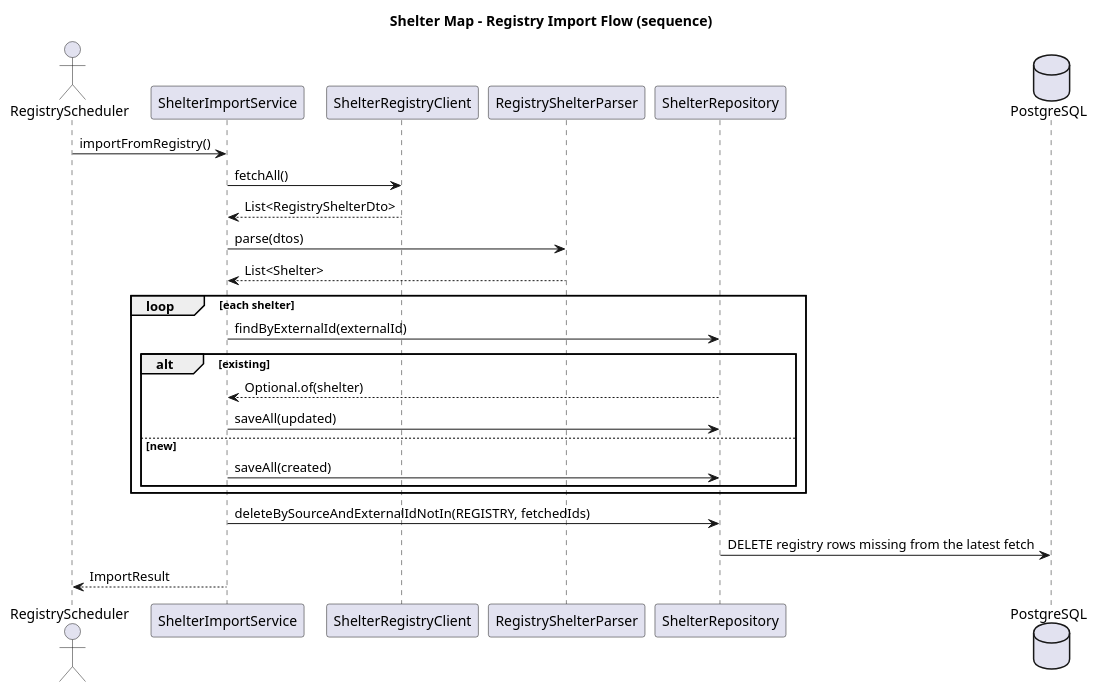
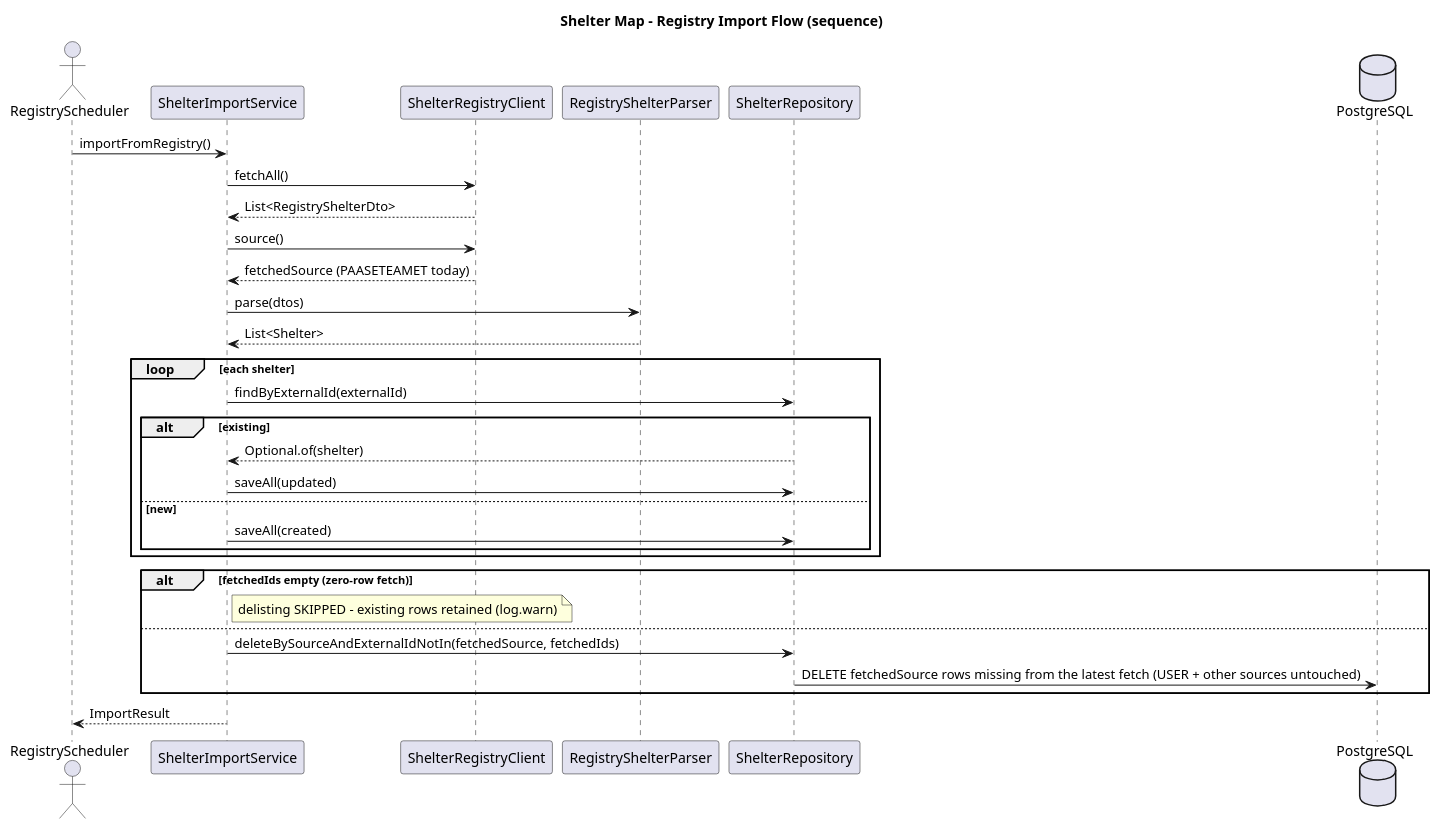
One commit to Bro223/OpenShelter changed the second of 2 diagrams in context-and-tasks/04-ingestion.puml. Above: the diagram before and after it, drawn with PlantUML. The commit also changed other lines of this file and 212 other files, not shown here.

```diff
--- a/context-and-tasks/04-ingestion.puml
+++ b/context-and-tasks/04-ingestion.puml
@@ -169,27 +183,33 @@
 @startuml
 title Shelter Map - Registry Import Flow (sequence)
 actor RegistryScheduler
 participant "ShelterImportService" as SIS
 participant "ShelterRegistryClient" as RC
 participant "RegistryShelterParser" as P
 participant "ShelterRepository" as REPO
 database "PostgreSQL" as DB
 
 RegistryScheduler -> SIS : importFromRegistry()
 SIS -> RC : fetchAll()
 RC --> SIS : List<RegistryShelterDto>
+SIS -> RC : source()
+RC --> SIS : fetchedSource (PAASETEAMET today)
 SIS -> P : parse(dtos)
 P --> SIS : List<Shelter>
 loop each shelter
   SIS -> REPO : findByExternalId(externalId)
   alt existing
     REPO --> SIS : Optional.of(shelter)
     SIS -> REPO : saveAll(updated)
   else new
     SIS -> REPO : saveAll(created)
   end
 end
-SIS -> REPO : deleteBySourceAndExternalIdNotIn(REGISTRY, fetchedIds)
-REPO -> DB : DELETE registry rows missing from the latest fetch
+alt fetchedIds empty (zero-row fetch)
+  note right of SIS: delisting SKIPPED - existing rows retained (log.warn)
+else
+  SIS -> REPO : deleteBySourceAndExternalIdNotIn(fetchedSource, fetchedIds)
+  REPO -> DB : DELETE fetchedSource rows missing from the latest fetch (USER + other sources untouched)
+end
 SIS --> RegistryScheduler : ImportResult
 @enduml
```
